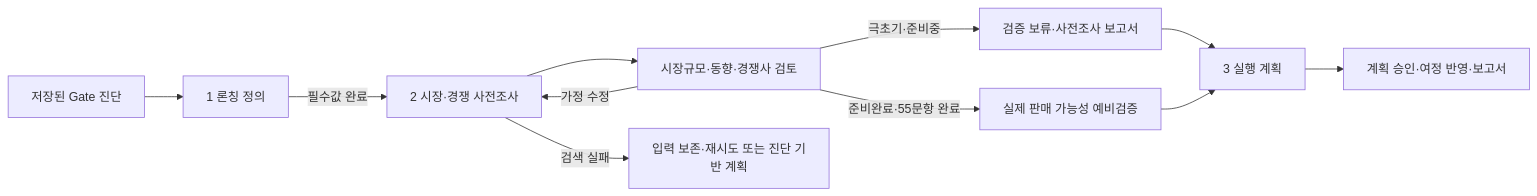
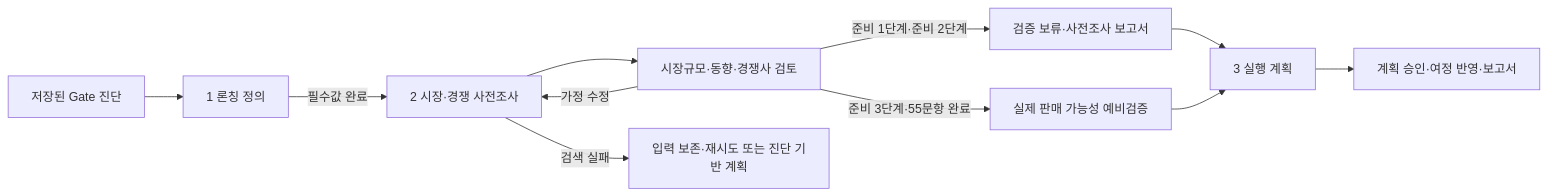
The diagram in .omx/plans/2026-08-10-ai-gtm-launch-market-intelligence.md (ky17824/ai-coding), drawn with Mermaid before and after one commit. The commit also changed other lines of this file and 25 other files, not shown here.

````diff
--- a/.omx/plans/2026-08-10-ai-gtm-launch-market-intelligence.md
+++ b/.omx/plans/2026-08-10-ai-gtm-launch-market-intelligence.md
@@ -101,13 +101,13 @@
 ```mermaid
 flowchart LR
   A["저장된 Gate 진단"] --> B["1 론칭 정의"]
   B -->|"필수값 완료"| C["2 시장·경쟁 사전조사"]
   C --> D["시장규모·동향·경쟁사 검토"]
-  D -->|"극초기·준비중"| H["검증 보류·사전조사 보고서"]
-  D -->|"준비완료·55문항 완료"| I["실제 판매 가능성 예비검증"]
+  D -->|"준비 1단계·준비 2단계"| H["검증 보류·사전조사 보고서"]
+  D -->|"준비 3단계·55문항 완료"| I["실제 판매 가능성 예비검증"]
   D -->|"가정 수정"| C
   H --> E["3 실행 계획"]
   I --> E
   E --> F["계획 승인·여정 반영·보고서"]
   C -->|"검색 실패"| G["입력 보존·재시도 또는 진단 기반 계획"]
 ```
````
